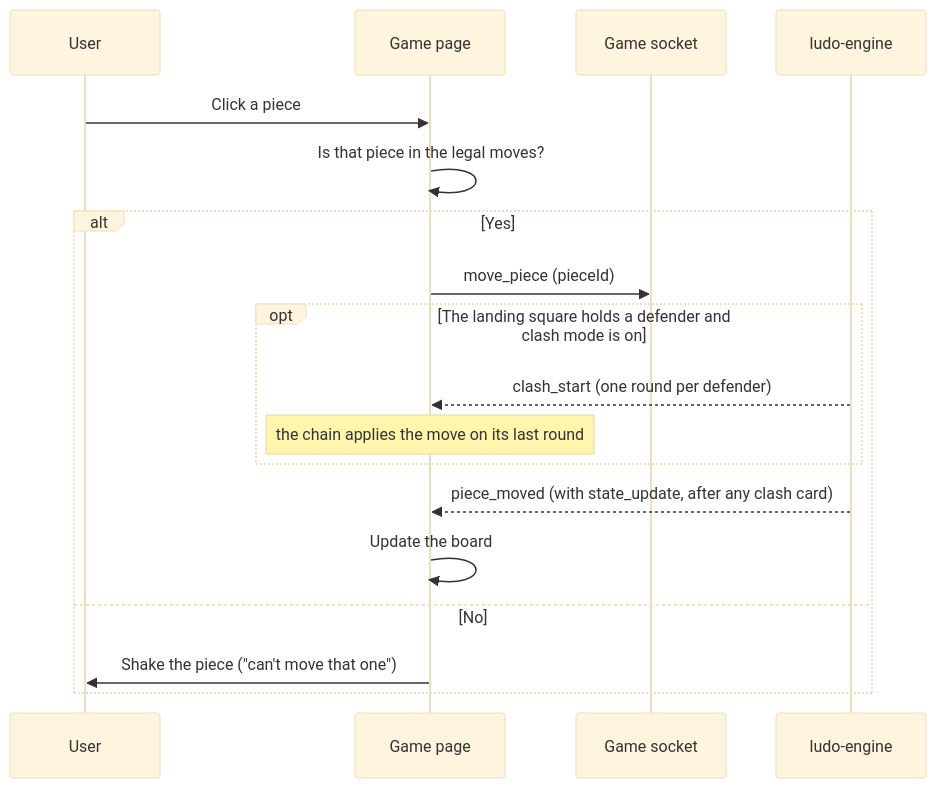
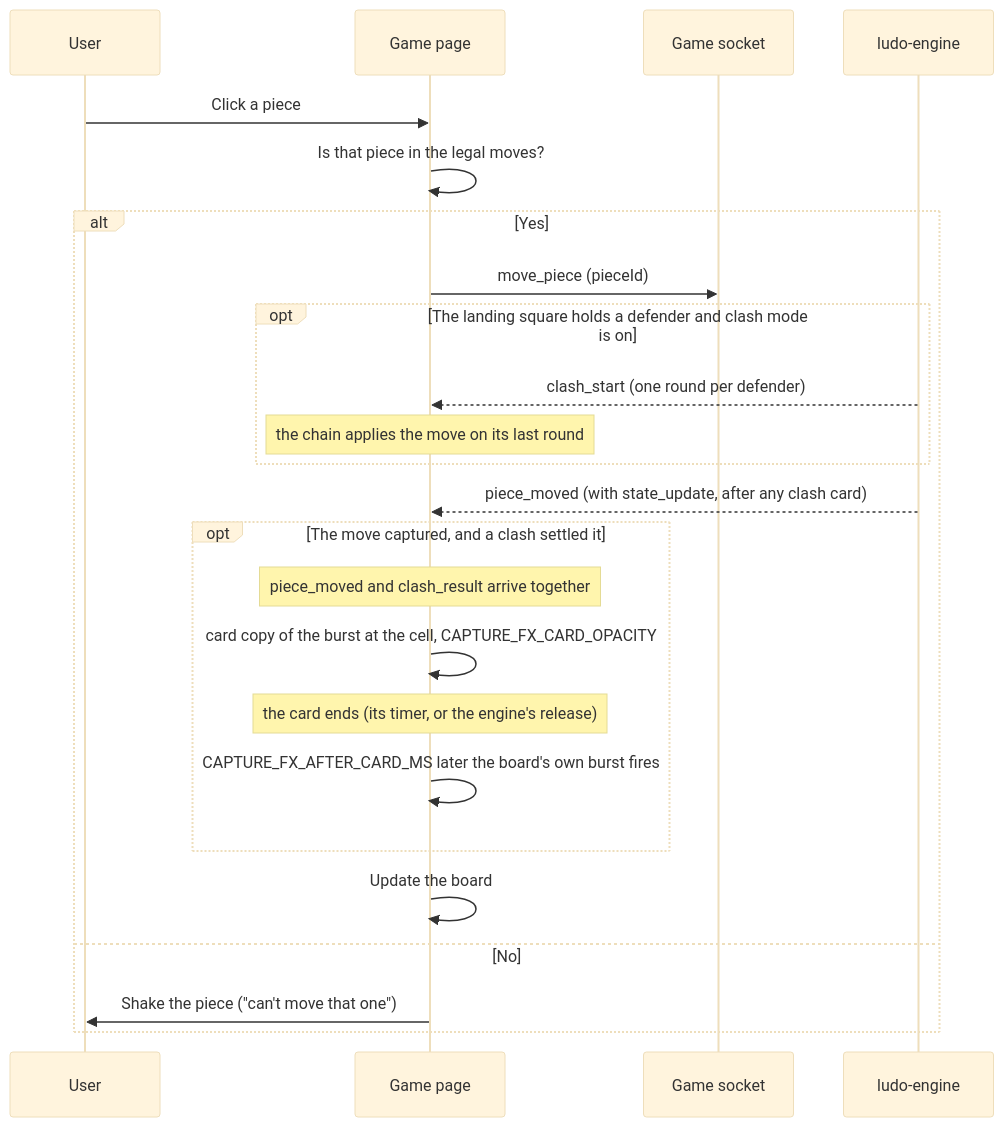
Before and after one commit to IrmaJoKerr/ft_transcendence-ludo: the third of 3 diagrams in docs/frontend/frontend-game-module.md, drawn with Mermaid (base theme). The commit also changed other lines of this file and 6 other files, not shown here.

Commit message:
feature(animation): the clash card wears a dim copy of the capture burst and the board's burst waits 50ms for the card to leave; burst extracted to CaptureBurst, cell geometry to game/boardGeometry. Docs: updated to match.

````diff
--- a/docs/frontend/frontend-game-module.md
+++ b/docs/frontend/frontend-game-module.md
@@ -156,21 +158,27 @@
 ```mermaid
 sequenceDiagram
     participant User
     participant Game as Game page
     participant Socket as Game socket
     participant Engine as ludo-engine
 
     User->>Game: Click a piece
     Game->>Game: Is that piece in the legal moves?
     alt Yes
         Game->>Socket: move_piece (pieceId)
         opt The landing square holds a defender and clash mode is on
             Engine-->>Game: clash_start (one round per defender)
             Note over Game: the chain applies the move on its last round
         end
         Engine-->>Game: piece_moved (with state_update, after any clash card)
+        opt The move captured, and a clash settled it
+            Note over Game: piece_moved and clash_result arrive together
+            Game->>Game: card copy of the burst at the cell, CAPTURE_FX_CARD_OPACITY
+            Note over Game: the card ends (its timer, or the engine's release)
+            Game->>Game: CAPTURE_FX_AFTER_CARD_MS later the board's own burst fires
+        end
         Game->>Game: Update the board
     else No
         Game->>User: Shake the piece ("can't move that one")
     end
 ```
````
